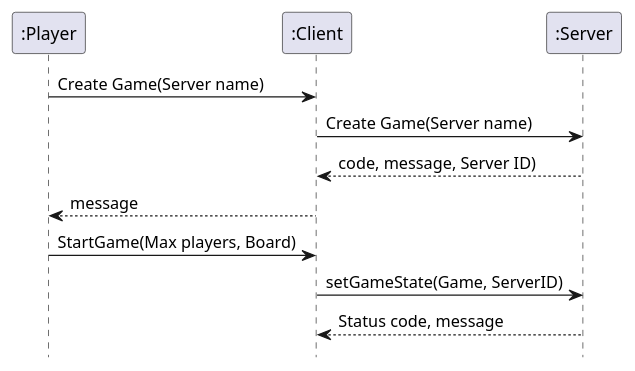
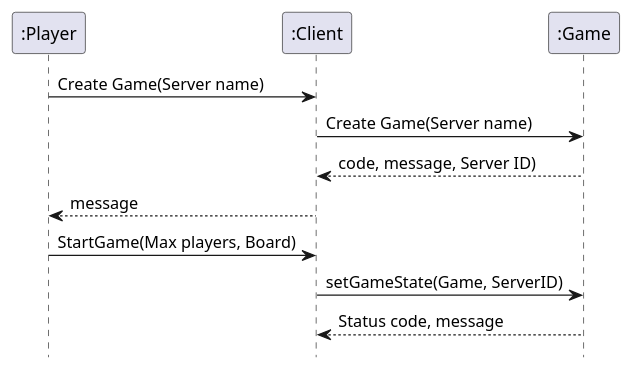
The diagram in diagrams/SD's/SD_Create_Game.puml (MikaelFangel/RoboRally), drawn with PlantUML before and after one commit. The commit also changed 7 other files, not shown here.

```diff
--- a/diagrams/SD's/SD_Create_Game.puml
+++ b/diagrams/SD's/SD_Create_Game.puml
@@ -1,17 +1,17 @@
 @startuml
 'https://plantuml.com/sequence-diagram
 hide footbox
 
 Participant ":Player" as  Player
 Participant ":Client" as  Client
-Participant ":Server" as game
+Participant ":Game" as game
 
 Player -> Client: Create Game(Server name)
 Client -> game: Create Game(Server name)
 Client <-- game: code, message, Server ID)
 Player <-- Client: message
 Player -> Client: StartGame(Max players, Board)
 Client -> game: setGameState(Game, ServerID)
 Client <-- game: Status code, message
 
 @enduml
```
